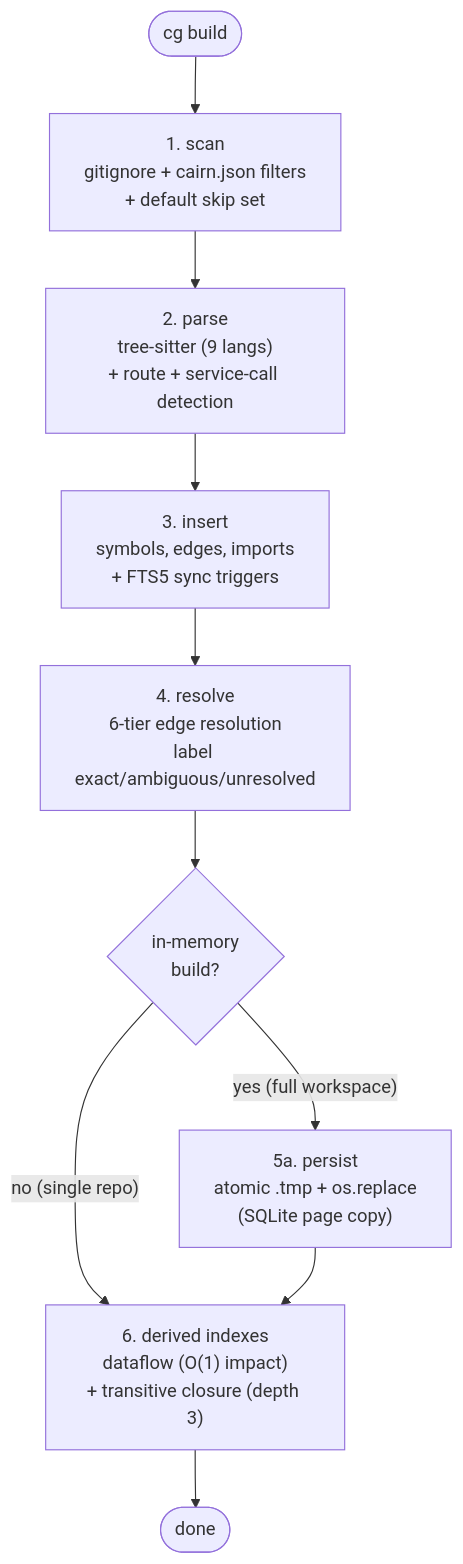
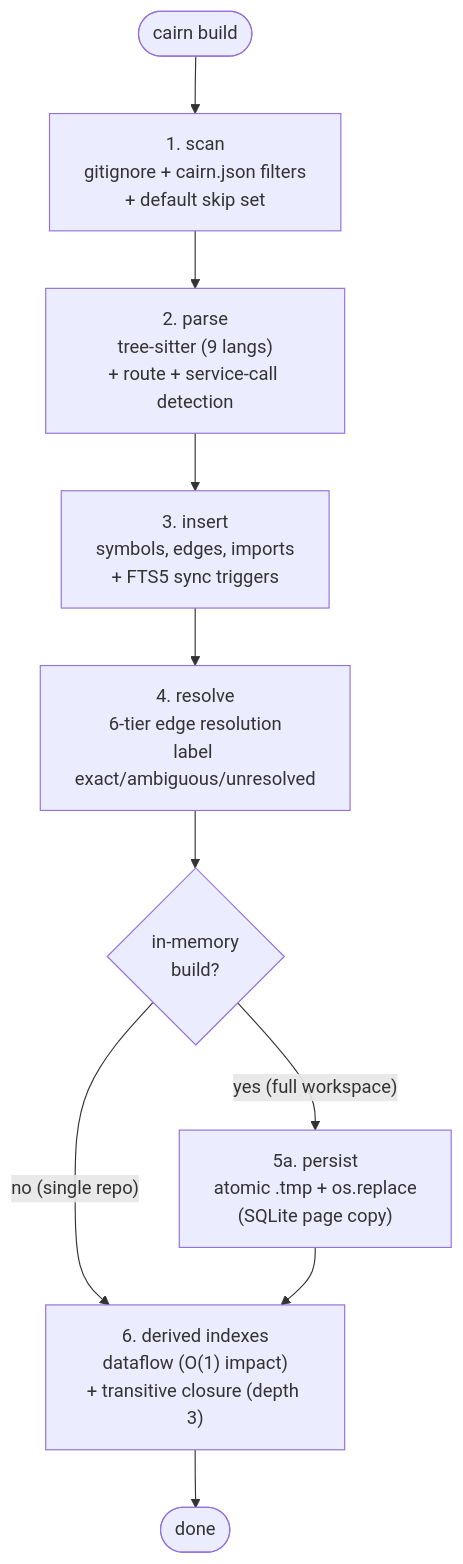
One commit to tanlnm512/cairn changed the fourth of 11 diagrams in docs/architecture-overview.md. Above: the diagram before and after it, drawn with Mermaid. The commit also changed other lines of this file and 76 other files, not shown here.

````diff
--- a/docs/architecture-overview.md
+++ b/docs/architecture-overview.md
@@ -148,12 +148,12 @@
 ```mermaid
 flowchart TB
-    START([cg build]) --> SCAN["1. scan<br/>gitignore + cairn.json filters<br/>+ default skip set"]
+    START([cairn build]) --> SCAN["1. scan<br/>gitignore + cairn.json filters<br/>+ default skip set"]
     SCAN --> PARSE["2. parse<br/>tree-sitter (9 langs)<br/>+ route + service-call detection"]
     PARSE --> INSERT["3. insert<br/>symbols, edges, imports<br/>+ FTS5 sync triggers"]
     INSERT --> RESOLVE["4. resolve<br/>6-tier edge resolution<br/>label exact/ambiguous/unresolved"]
     RESOLVE --> PERSIST{in-memory<br/>build?}
     PERSIST -- "yes (full workspace)" --> SWAP["5a. persist<br/>atomic .tmp + os.replace<br/>(SQLite page copy)"]
     PERSIST -- "no (single repo)" --> DERIVED
     SWAP --> DERIVED["6. derived indexes<br/>dataflow (O(1) impact)<br/>+ transitive closure (depth 3)"]
     DERIVED --> DONE([done])
 ```
````
